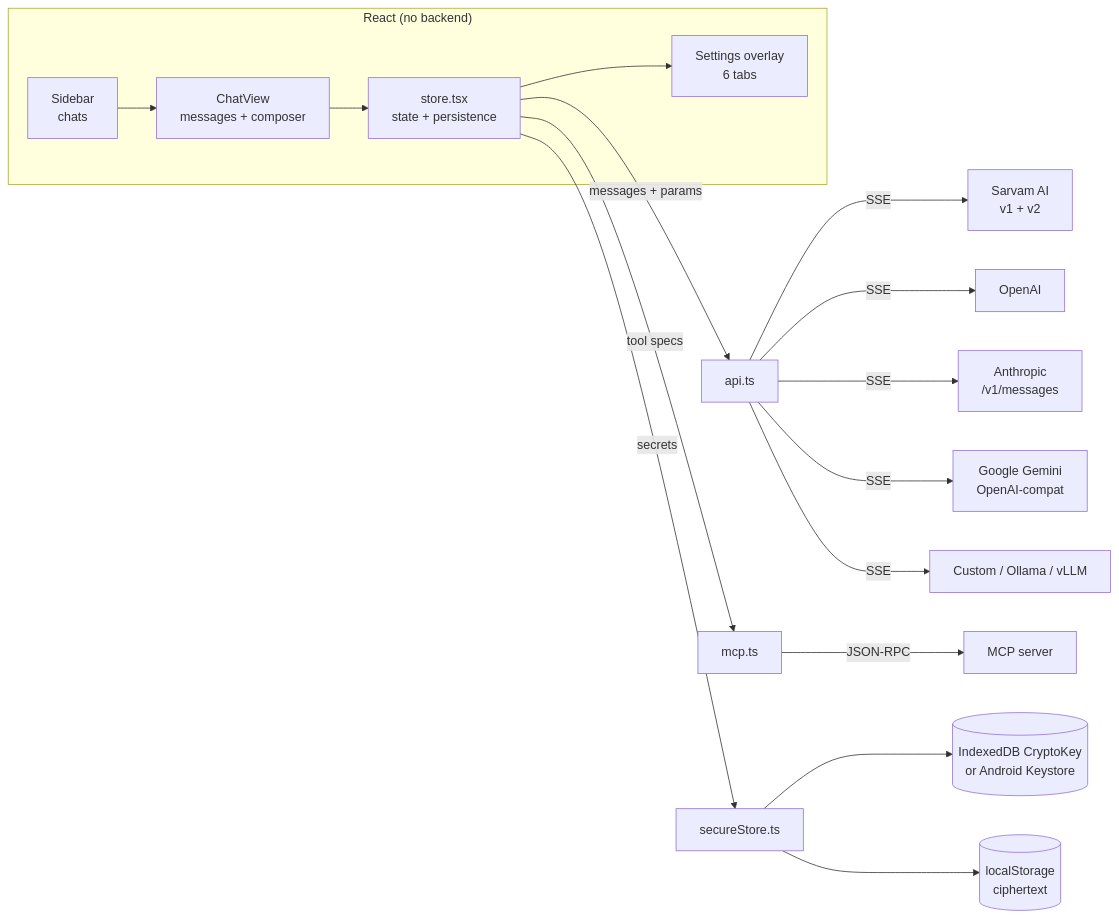
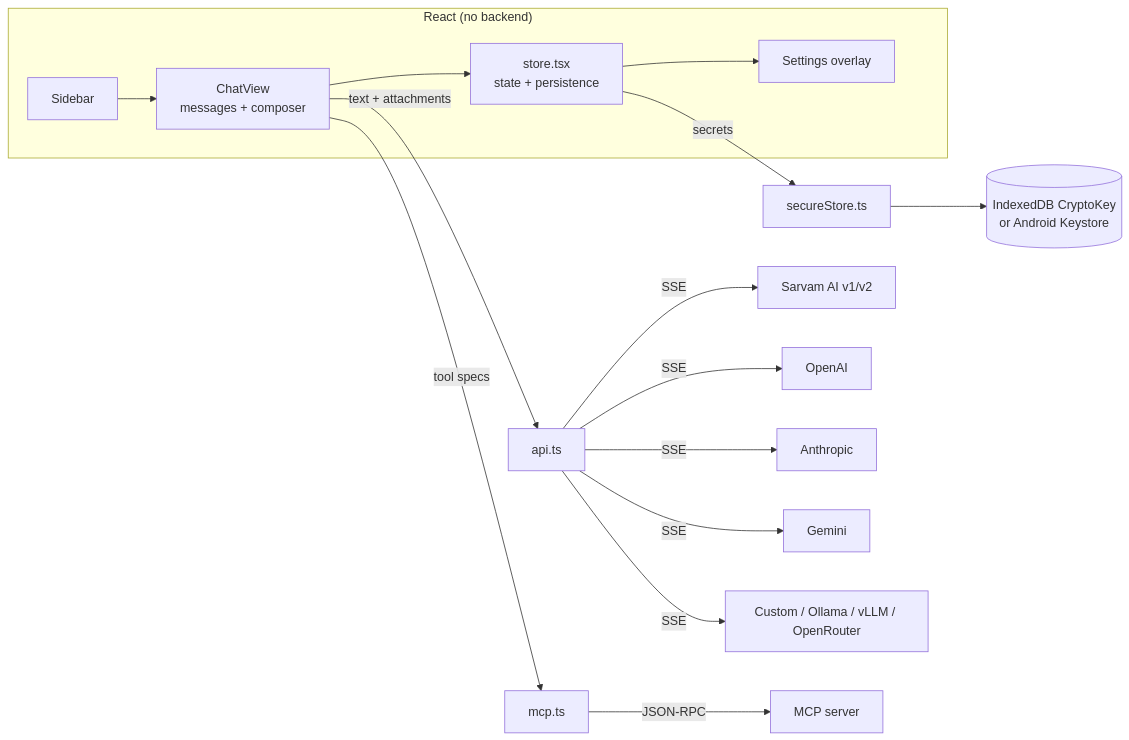
The diagram in README.md (Sameer336s/sarvam-studio), drawn with Mermaid before and after one commit. The commit also changed other lines of this file and 22 other files, not shown here.

Commit message:
feat: v3 — flat fast UI, attachments, images, free & open-source presets, full parameters

````diff
--- a/README.md
+++ b/README.md
@@ -260,22 +230,18 @@
 ```mermaid
 flowchart LR
   subgraph UI["React (no backend)"]
-    A[Sidebar<br/>chats] --> B[ChatView<br/>messages + composer]
+    A[Sidebar] --> B[ChatView<br/>messages + composer]
     B --> C[store.tsx<br/>state + persistence]
-    C --> D[Settings overlay<br/>6 tabs]
+    C --> D[Settings overlay]
   end
-
-  C -->|messages + params| E[api.ts]
-  C -->|tool specs| F[mcp.ts]
+  B -->|text + attachments| E[api.ts]
+  B -->|tool specs| F[mcp.ts]
   C -->|secrets| G[secureStore.ts]
-
-  E -->|SSE| H[Sarvam AI<br/>v1 + v2]
+  E -->|SSE| H[Sarvam AI v1/v2]
   E -->|SSE| I[OpenAI]
-  E -->|SSE| J[Anthropic<br/>/v1/messages]
-  E -->|SSE| K[Google Gemini<br/>OpenAI-compat]
-  E -->|SSE| L[Custom / Ollama / vLLM]
-
+  E -->|SSE| J[Anthropic]
+  E -->|SSE| K[Gemini]
+  E -->|SSE| L[Custom / Ollama / vLLM / OpenRouter]
   F -->|JSON-RPC| M[MCP server]
   G --> N[(IndexedDB CryptoKey<br/>or Android Keystore)]
-  G --> O[(localStorage<br/>ciphertext)]
 ```
````
